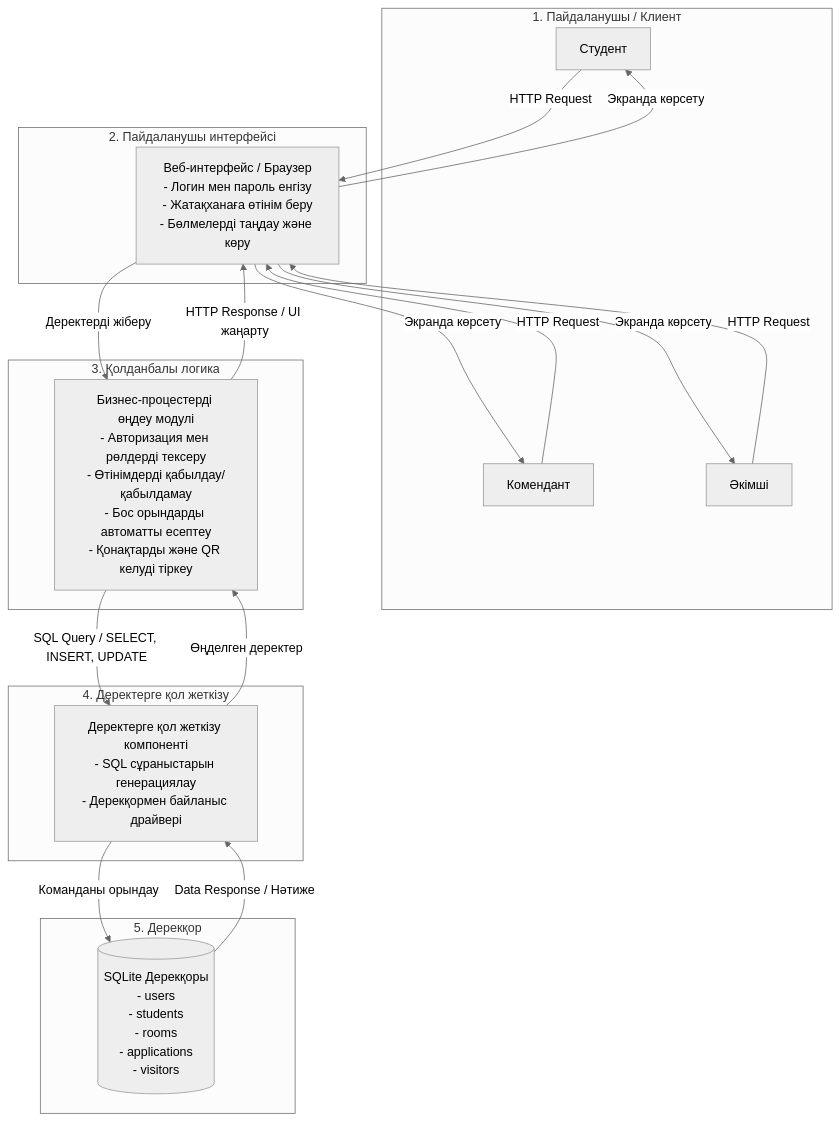
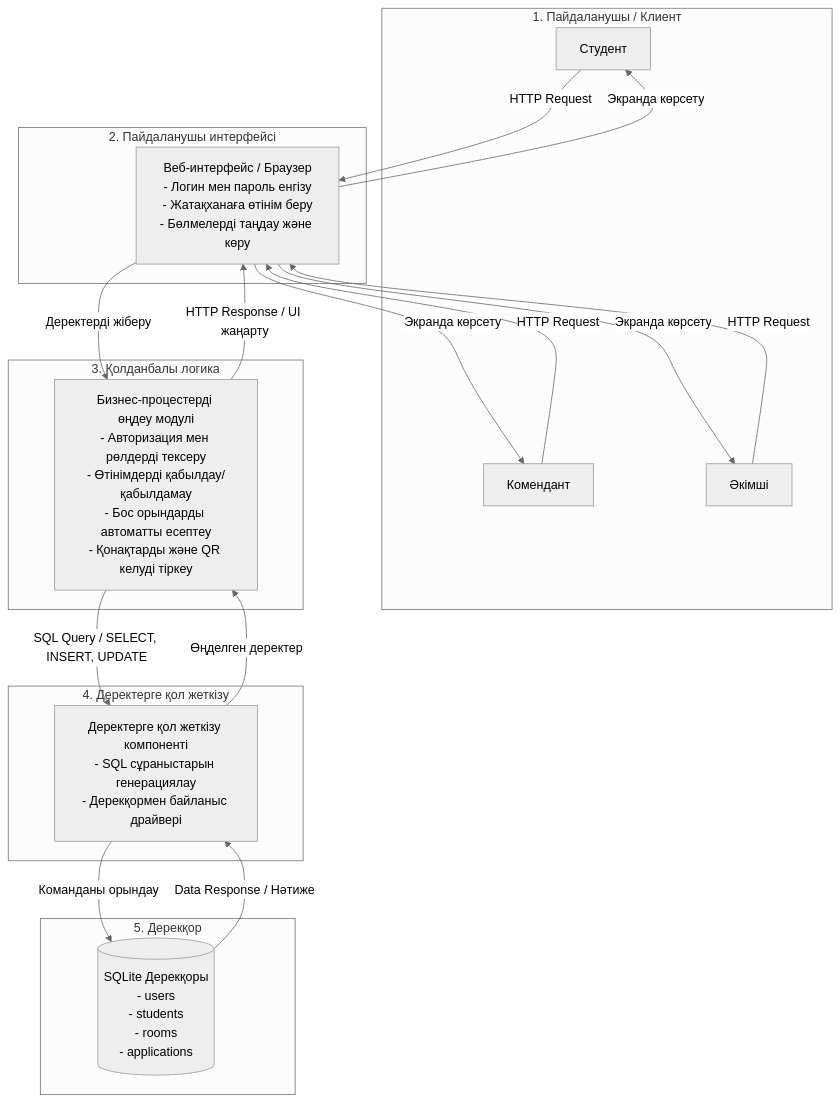
The diagram in docs/architecture.md (nurlanova52/dormitory-management-system), drawn with Mermaid (neutral theme) before and after one commit.

Commit message:
update architecture

````diff
--- a/docs/architecture.md
+++ b/docs/architecture.md
@@ -1,35 +1,35 @@
 ```mermaid
 graph TD
     subgraph Client ["1. Пайдаланушы / Клиент"]
         A1[Студент]
         A2[Комендант]
         A3[Әкімші]
     end
 
     subgraph Presentation ["2. Пайдаланушы интерфейсі "]
         B[Веб-интерфейс / Браузер<br/>- Логин мен пароль енгізу<br/>- Жатақханаға өтінім беру<br/>- Бөлмелерді таңдау және көру]
     end
 
     subgraph Business ["3. Қолданбалы логика "]
         C[Бизнес-процестерді өңдеу модулі<br/>- Авторизация мен рөлдерді тексеру<br/>- Өтінімдерді қабылдау/қабылдамау<br/>- Бос орындарды автоматты есептеу<br/>- Қонақтарды және QR келуді тіркеу]
     end
 
     subgraph DataAccess ["4. Деректерге қол жеткізу "]
         D[Деректерге қол жеткізу компоненті<br/>- SQL сұраныстарын генерациялау<br/>- Дерекқормен байланыс драйвері]
     end
 
     subgraph Database ["5. Дерекқор "]
-        E[(SQLite Дерекқоры<br/>- users<br/>- students<br/>- rooms<br/>- applications<br/>- visitors)]
+        E[(SQLite Дерекқоры<br/>- users<br/>- students<br/>- rooms<br/>- applications<br/>)]
     end
 
     %% Байланыстар мен деректер ағыны
     A1 & A2 & A3 -->|HTTP Request| B
     B -->|Деректерді жіберу| C
     C -->|SQL Query / SELECT, INSERT, UPDATE| D
     D -->|Команданы орындау| E
     
     E -->|Data Response / Нәтиже| D
     D -->|Өңделген деректер| C
     C -->|HTTP Response / UI жаңарту| B
     B -->|Экранда көрсету| A1 & A2 & A3
 ```  
````
